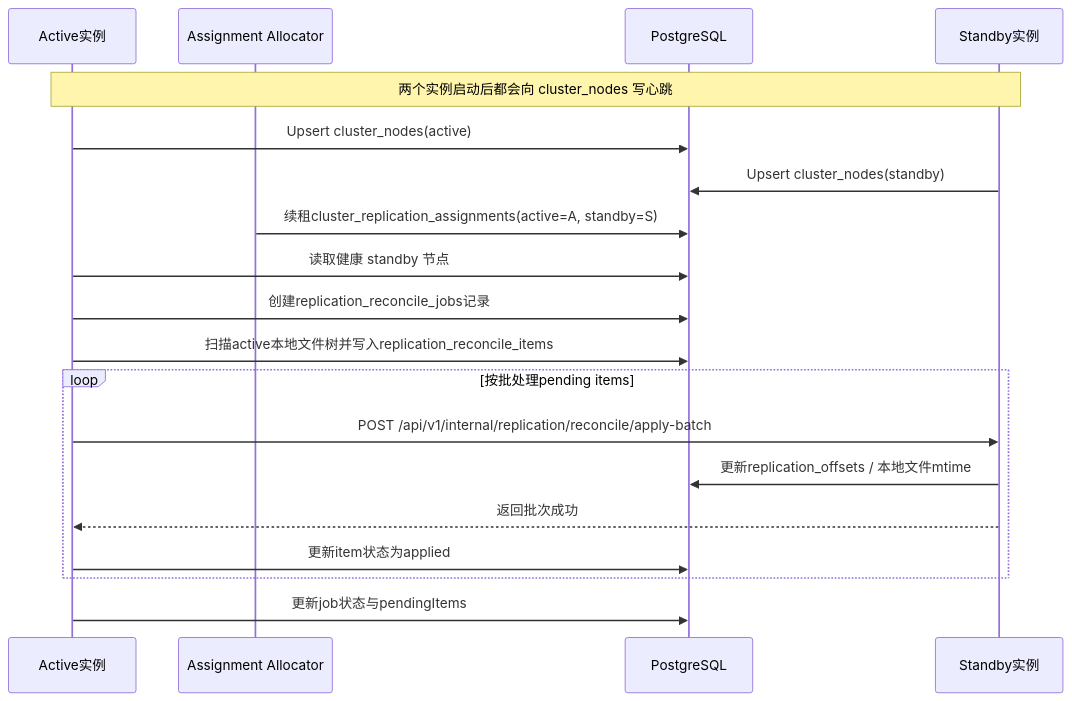
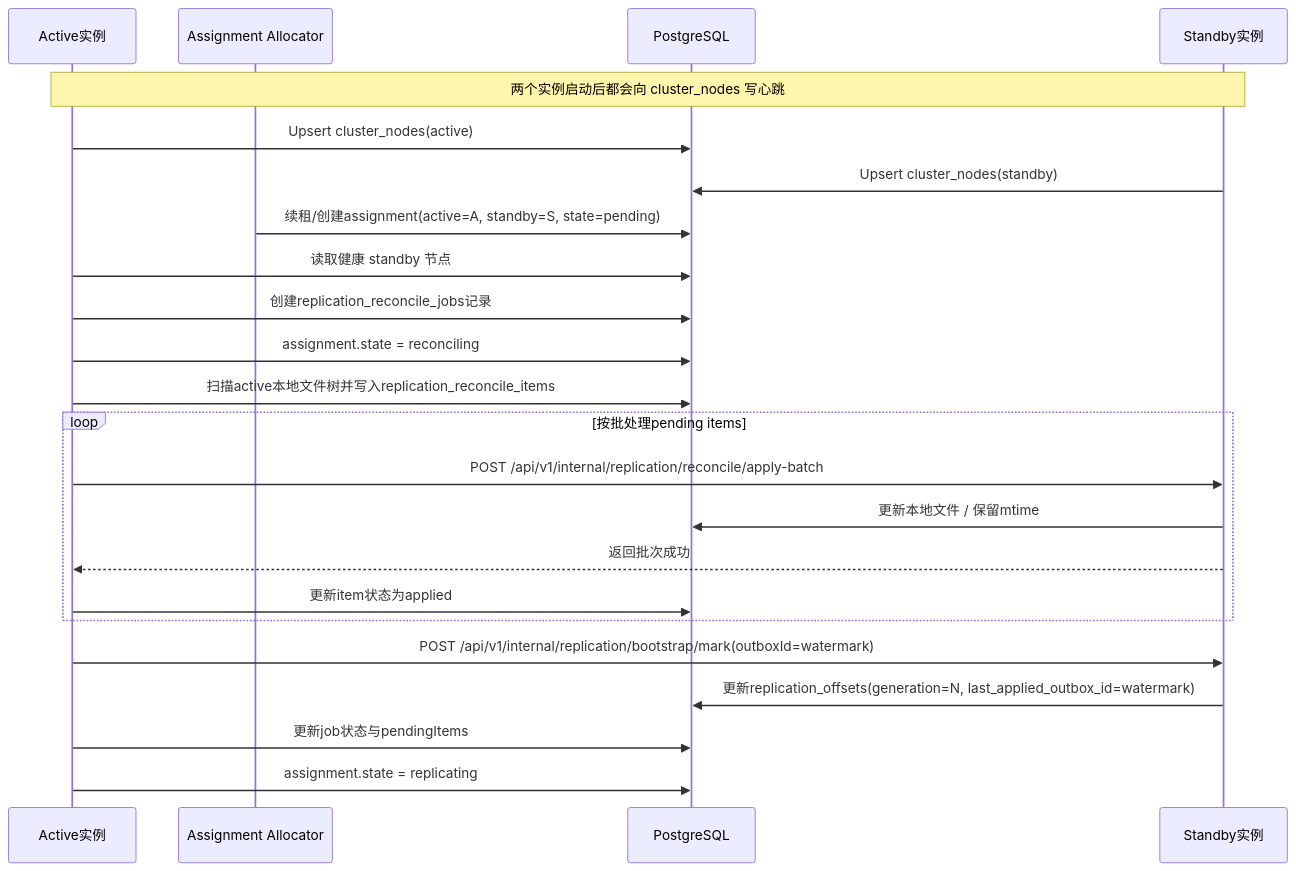
The second of 3 diagrams in docs/容灾方案.md (yeying-community/warehouse), drawn with Mermaid before and after one commit. The commit also changed other lines of this file and 21 other files, not shown here.

Commit message:
feat: tighten ha assignment generation fencing

````diff
--- a/docs/容灾方案.md
+++ b/docs/容灾方案.md
@@ -163,21 +168,25 @@
 ```mermaid
 sequenceDiagram
   participant A as Active实例
   participant AA as Assignment Allocator
   participant PG as PostgreSQL
   participant S as Standby实例
   Note over A,S: 两个实例启动后都会向 cluster_nodes 写心跳
   A->>PG: Upsert cluster_nodes(active)
   S->>PG: Upsert cluster_nodes(standby)
-  AA->>PG: 续租cluster_replication_assignments(active=A, standby=S)
+  AA->>PG: 续租/创建assignment(active=A, standby=S, state=pending)
   A->>PG: 读取健康 standby 节点
   A->>PG: 创建replication_reconcile_jobs记录
+  A->>PG: assignment.state = reconciling
   A->>PG: 扫描active本地文件树并写入replication_reconcile_items
   loop 按批处理pending items
     A->>S: POST /api/v1/internal/replication/reconcile/apply-batch
-    S->>PG: 更新replication_offsets / 本地文件mtime
+    S->>PG: 更新本地文件 / 保留mtime
     S-->>A: 返回批次成功
     A->>PG: 更新item状态为applied
   end
+  A->>S: POST /api/v1/internal/replication/bootstrap/mark(outboxId=watermark)
+  S->>PG: 更新replication_offsets(generation=N, last_applied_outbox_id=watermark)
   A->>PG: 更新job状态与pendingItems
+  A->>PG: assignment.state = replicating
 ```
````
